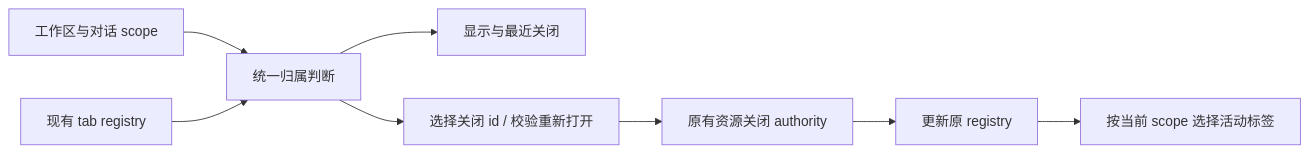
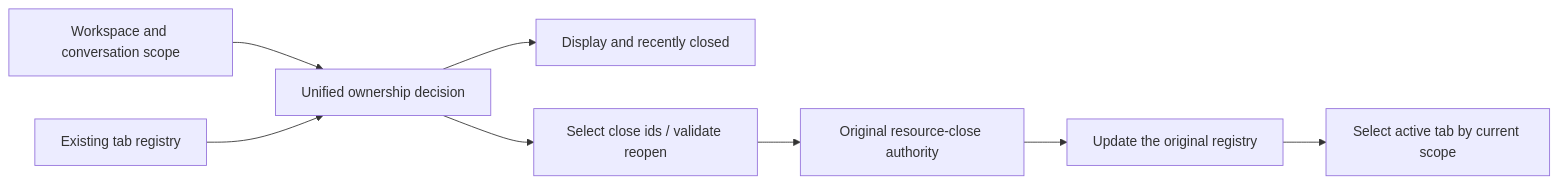
One commit to osben/ZCode changed the diagram in docs/ui/side-pane-tabs.md. Above: the diagram before and after it, drawn with Mermaid. The commit also changed other lines of this file and 44 other files, not shown here.

````diff
--- a/docs/ui/side-pane-tabs.md
+++ b/docs/ui/side-pane-tabs.md
@@ -29,10 +50,10 @@
 ```mermaid
 flowchart LR
-  S[工作区与对话 scope] --> V[统一归属判断]
-  R[现有 tab registry] --> V
-  V --> D[显示与最近关闭]
-  V --> C[选择关闭 id / 校验重新打开]
-  C --> A[原有资源关闭 authority]
-  A --> M[更新原 registry]
-  M --> F[按当前 scope 选择活动标签]
+  S[Workspace and conversation scope] --> V[Unified ownership decision]
+  R[Existing tab registry] --> V
+  V --> D[Display and recently closed]
+  V --> C[Select close ids / validate reopen]
+  C --> A[Original resource-close authority]
+  A --> M[Update the original registry]
+  M --> F[Select active tab by current scope]
 ```
````
